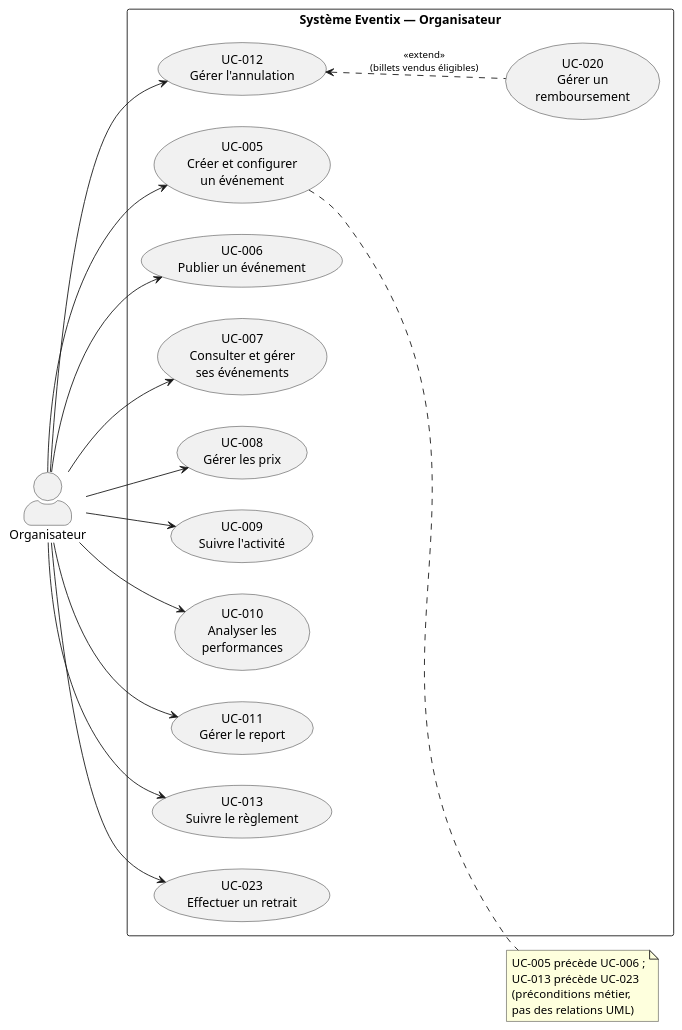
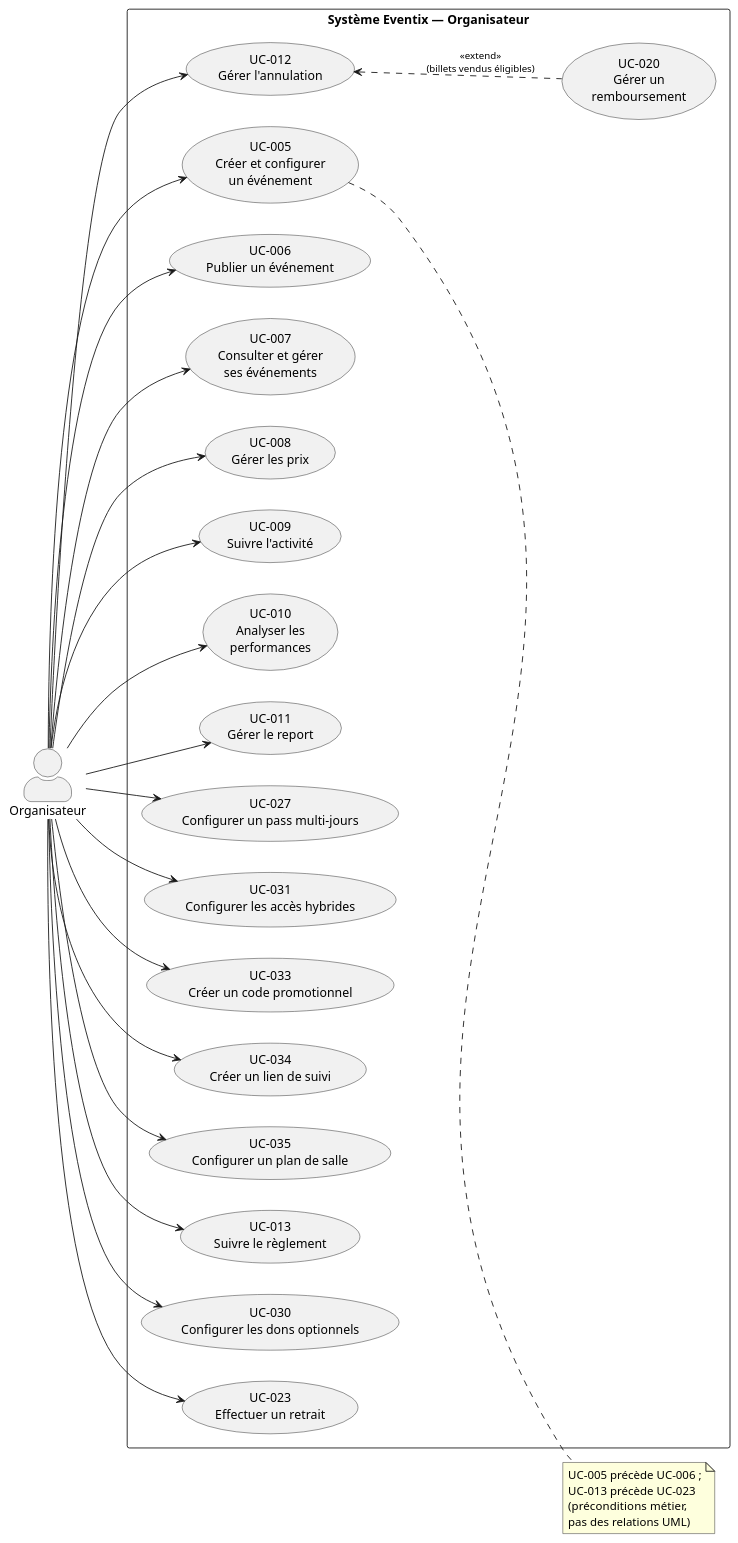
Before and after one commit to SamuHabra/eventix-documentation: the third of 7 diagrams in docs/06-modelisation-uml/diagrammes-de-cas-d-utilisation.md, drawn with PlantUML. The commit also changed other lines of this file and 67 other files, not shown here.

````diff
--- a/docs/06-modelisation-uml/diagrammes-de-cas-d-utilisation.md
+++ b/docs/06-modelisation-uml/diagrammes-de-cas-d-utilisation.md
@@ -231,43 +271,55 @@
 ```plantuml
 @startuml uc-organisateur
 skinparam actorStyle awesome
 skinparam ArrowFontSize 11
 left to right direction
 
 actor Organisateur as O
 
 rectangle "Système Eventix — Organisateur" {
   usecase "UC-005\nCréer et configurer\nun événement" as UC5
   usecase "UC-006\nPublier un événement" as UC6
   usecase "UC-007\nConsulter et gérer\nses événements" as UC7
   usecase "UC-008\nGérer les prix" as UC8
   usecase "UC-009\nSuivre l'activité" as UC9
   usecase "UC-010\nAnalyser les\nperformances" as UC10
   usecase "UC-011\nGérer le report" as UC11
   usecase "UC-012\nGérer l'annulation" as UC12
+  usecase "UC-027\nConfigurer un pass multi-jours" as UC27
+  usecase "UC-031\nConfigurer les accès hybrides" as UC31
+  usecase "UC-033\nCréer un code promotionnel" as UC33
+  usecase "UC-034\nCréer un lien de suivi" as UC34
+  usecase "UC-035\nConfigurer un plan de salle" as UC35
   usecase "UC-013\nSuivre le règlement" as UC13
+  usecase "UC-030\nConfigurer les dons optionnels" as UC30
   usecase "UC-023\nEffectuer un retrait" as UC23
   usecase "UC-020\nGérer un\nremboursement" as UC20
 }
 
 O --> UC5
 O --> UC6
 O --> UC7
 O --> UC8
 O --> UC9
 O --> UC10
 O --> UC11
 O --> UC12
+O --> UC27
 O --> UC13
+O --> UC30
+O --> UC31
+O --> UC33
+O --> UC34
+O --> UC35
 O --> UC23
 
 UC20 .up.> UC12 : <<extend>>\n(billets vendus éligibles)
 
 note right of UC5
   UC-005 précède UC-006 ;
   UC-013 précède UC-023
   (préconditions métier,
   pas des relations UML)
 end note
 @enduml
 ```
````
